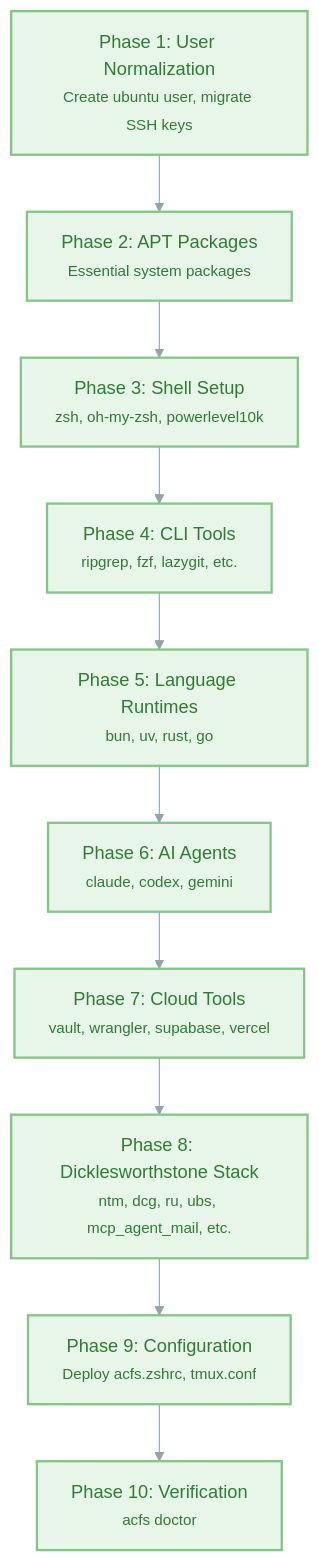
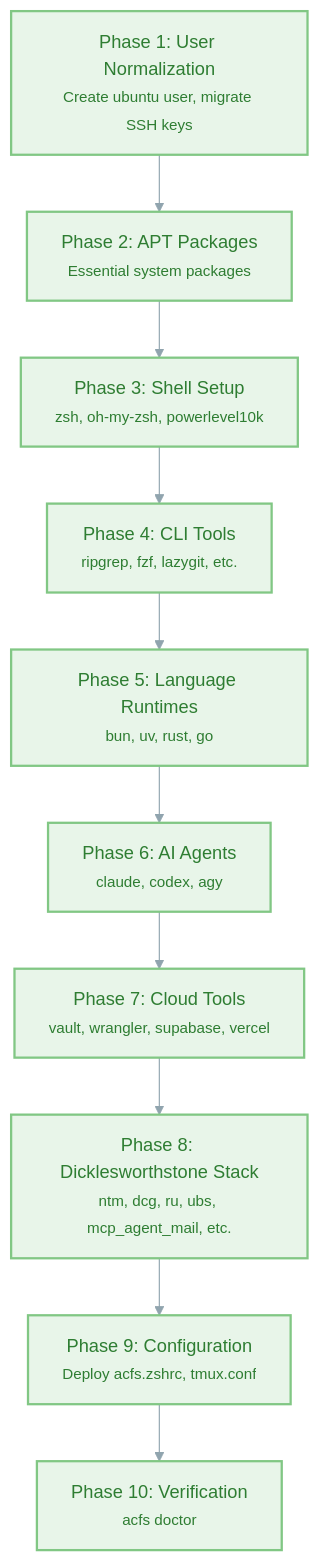
Before and after one commit to quangdang46/agents_environment_setup: the third of 3 diagrams in README.md, drawn with Mermaid. The commit also changed other lines of this file and 141 other files, not shown here.

````diff
--- a/README.md
+++ b/README.md
@@ -460,20 +450,20 @@
 ```mermaid
 graph TD
     %%{init: {'theme': 'base', 'themeVariables': { 'primaryColor': '#e8f5e9', 'lineColor': '#90a4ae'}}}%%
 
     A["Phase 1: User Normalization<br/><small>Create ubuntu user, migrate SSH keys</small>"]
     B["Phase 2: APT Packages<br/><small>Essential system packages</small>"]
     C["Phase 3: Shell Setup<br/><small>zsh, oh-my-zsh, powerlevel10k</small>"]
     D["Phase 4: CLI Tools<br/><small>ripgrep, fzf, lazygit, etc.</small>"]
     E["Phase 5: Language Runtimes<br/><small>bun, uv, rust, go</small>"]
-    F["Phase 6: AI Agents<br/><small>claude, codex, gemini</small>"]
+    F["Phase 6: AI Agents<br/><small>claude, codex, agy</small>"]
     G["Phase 7: Cloud Tools<br/><small>vault, wrangler, supabase, vercel</small>"]
     H["Phase 8: Dicklesworthstone Stack<br/><small>ntm, dcg, ru, ubs, mcp_agent_mail, etc.</small>"]
     I["Phase 9: Configuration<br/><small>Deploy acfs.zshrc, tmux.conf</small>"]
     J["Phase 10: Verification<br/><small>acfs doctor</small>"]
 
     A --> B --> C --> D --> E --> F --> G --> H --> I --> J
 
     classDef phase fill:#e8f5e9,stroke:#81c784,stroke-width:2px,color:#2e7d32
     class A,B,C,D,E,F,G,H,I,J phase
 ```
````
